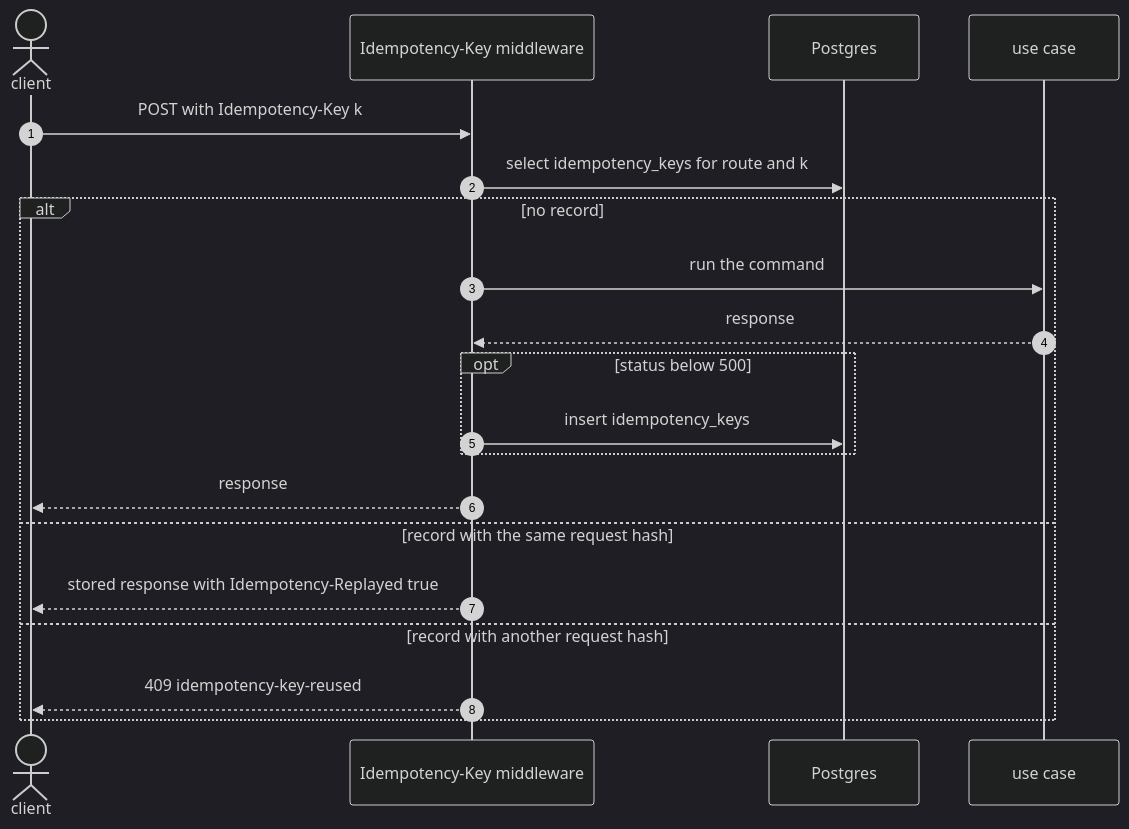
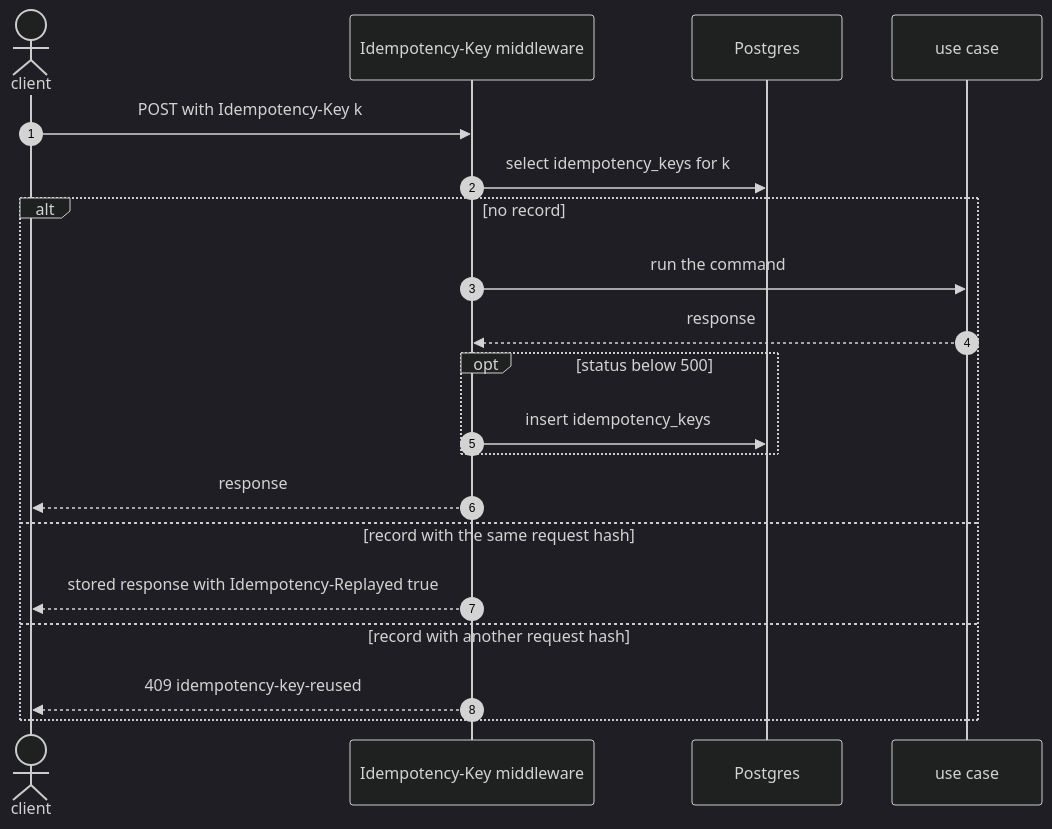
One commit to IQVO/product-content changed the sixth of 6 diagrams in docs/docs/ddd/sequence-diagrams.md. Above: the diagram before and after it, drawn with Mermaid (dark theme). The commit also changed other lines of this file and 5 other files, not shown here.

````diff
--- a/docs/docs/ddd/sequence-diagrams.md
+++ b/docs/docs/ddd/sequence-diagrams.md
@@ -233,22 +233,22 @@
 ```mermaid
 sequenceDiagram
     autonumber
     actor CM as client
     participant ID as Idempotency-Key middleware
     participant PG as Postgres
     participant UC as use case
     CM->>ID: POST with Idempotency-Key k
-    ID->>PG: select idempotency_keys for route and k
+    ID->>PG: select idempotency_keys for k
     alt no record
         ID->>UC: run the command
         UC-->>ID: response
         opt status below 500
             ID->>PG: insert idempotency_keys
         end
         ID-->>CM: response
     else record with the same request hash
         ID-->>CM: stored response with Idempotency-Replayed true
     else record with another request hash
         ID-->>CM: 409 idempotency-key-reused
     end
 ```
````
